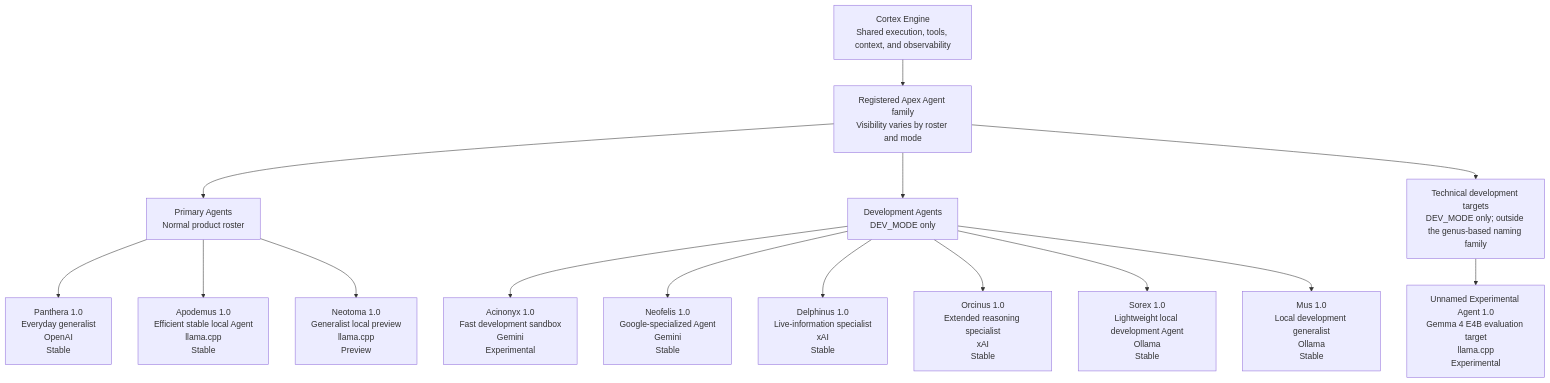
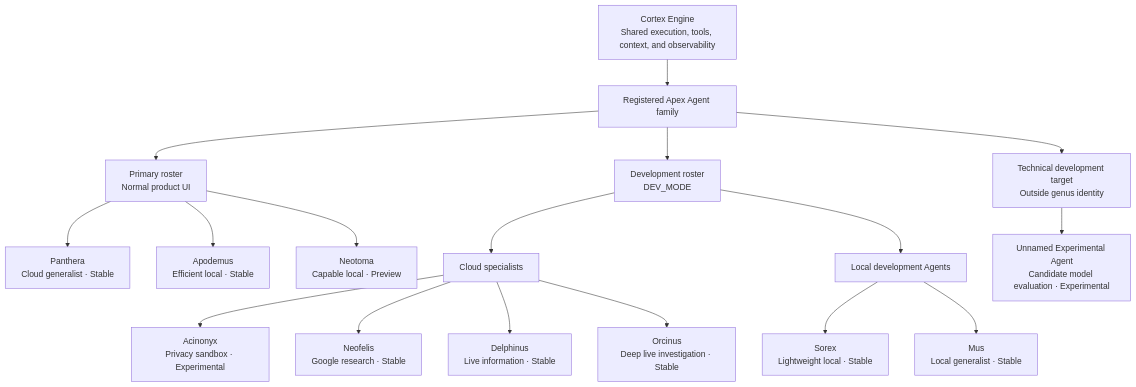
Before and after one commit to edumarcano/APEX: the diagram in docs/identity-and-naming.md, drawn with Mermaid. The commit also changed other lines of this file and 9 other files, not shown here.

First line of the commit message:
docs: update configuration and documentation for normal-mode and DEV_MODE behavior

````diff
--- a/docs/identity-and-naming.md
+++ b/docs/identity-and-naming.md
@@ -140,27 +140,31 @@
 ```mermaid
 flowchart TB
     ENGINE["Cortex Engine<br/>Shared execution, tools, context, and observability"]
-    FAMILY["Registered Apex Agent family<br/>Visibility varies by roster and mode"]
+    FAMILY["Registered Apex Agent family"]
 
-    PRIMARY["Primary Agents<br/>Normal product roster"]
-    DEVELOPMENT["Development Agents<br/>DEV_MODE only"]
-    TARGETS["Technical development targets<br/>DEV_MODE only; outside the genus-based naming family"]
+    PRIMARY["Primary roster<br/>Normal product UI"]
+    DEV["Development roster<br/>DEV_MODE"]
+    EXP["Technical development target<br/>Outside genus identity"]
 
     ENGINE --> FAMILY
     FAMILY --> PRIMARY
-    FAMILY --> DEVELOPMENT
-    FAMILY --> TARGETS
+    FAMILY --> DEV
+    FAMILY --> EXP
 
-    PRIMARY --> PANTHERA["Panthera 1.0<br/>Everyday generalist<br/>OpenAI<br/>Stable"]
-    PRIMARY --> APODEMUS["Apodemus 1.0<br/>Efficient stable local Agent<br/>llama.cpp<br/>Stable"]
-    PRIMARY --> NEOTOMA["Neotoma 1.0<br/>Generalist local preview<br/>llama.cpp<br/>Preview"]
+    PRIMARY --> PANTHERA["Panthera<br/>Cloud generalist · Stable"]
+    PRIMARY --> APODEMUS["Apodemus<br/>Efficient local · Stable"]
+    PRIMARY --> NEOTOMA["Neotoma<br/>Capable local · Preview"]
 
-    DEVELOPMENT --> ACINONYX["Acinonyx 1.0<br/>Fast development sandbox<br/>Gemini<br/>Experimental"]
-    DEVELOPMENT --> NEOFELIS["Neofelis 1.0<br/>Google-specialized Agent<br/>Gemini<br/>Stable"]
-    DEVELOPMENT --> DELPHINUS["Delphinus 1.0<br/>Live-information specialist<br/>xAI<br/>Stable"]
-    DEVELOPMENT --> ORCINUS["Orcinus 1.0<br/>Extended reasoning specialist<br/>xAI<br/>Stable"]
-    DEVELOPMENT --> SOREX["Sorex 1.0<br/>Lightweight local development Agent<br/>Ollama<br/>Stable"]
-    DEVELOPMENT --> MUS["Mus 1.0<br/>Local development generalist<br/>Ollama<br/>Stable"]
+    DEV --> CLOUDDEV["Cloud specialists"]
+    DEV --> LOCALDEV["Local development Agents"]
 
-    TARGETS --> EXPERIMENTAL["Unnamed Experimental Agent 1.0<br/>Gemma 4 E4B evaluation target<br/>llama.cpp<br/>Experimental"]
+    CLOUDDEV --> ACINONYX["Acinonyx<br/>Privacy sandbox · Experimental"]
+    CLOUDDEV --> NEOFELIS["Neofelis<br/>Google research · Stable"]
+    CLOUDDEV --> DELPHINUS["Delphinus<br/>Live information · Stable"]
+    CLOUDDEV --> ORCINUS["Orcinus<br/>Deep live investigation · Stable"]
+
+    LOCALDEV --> SOREX["Sorex<br/>Lightweight local · Stable"]
+    LOCALDEV --> MUS["Mus<br/>Local generalist · Stable"]
+
+    EXP --> UNNAMED["Unnamed Experimental Agent<br/>Candidate model evaluation · Experimental"]
 ```
````
